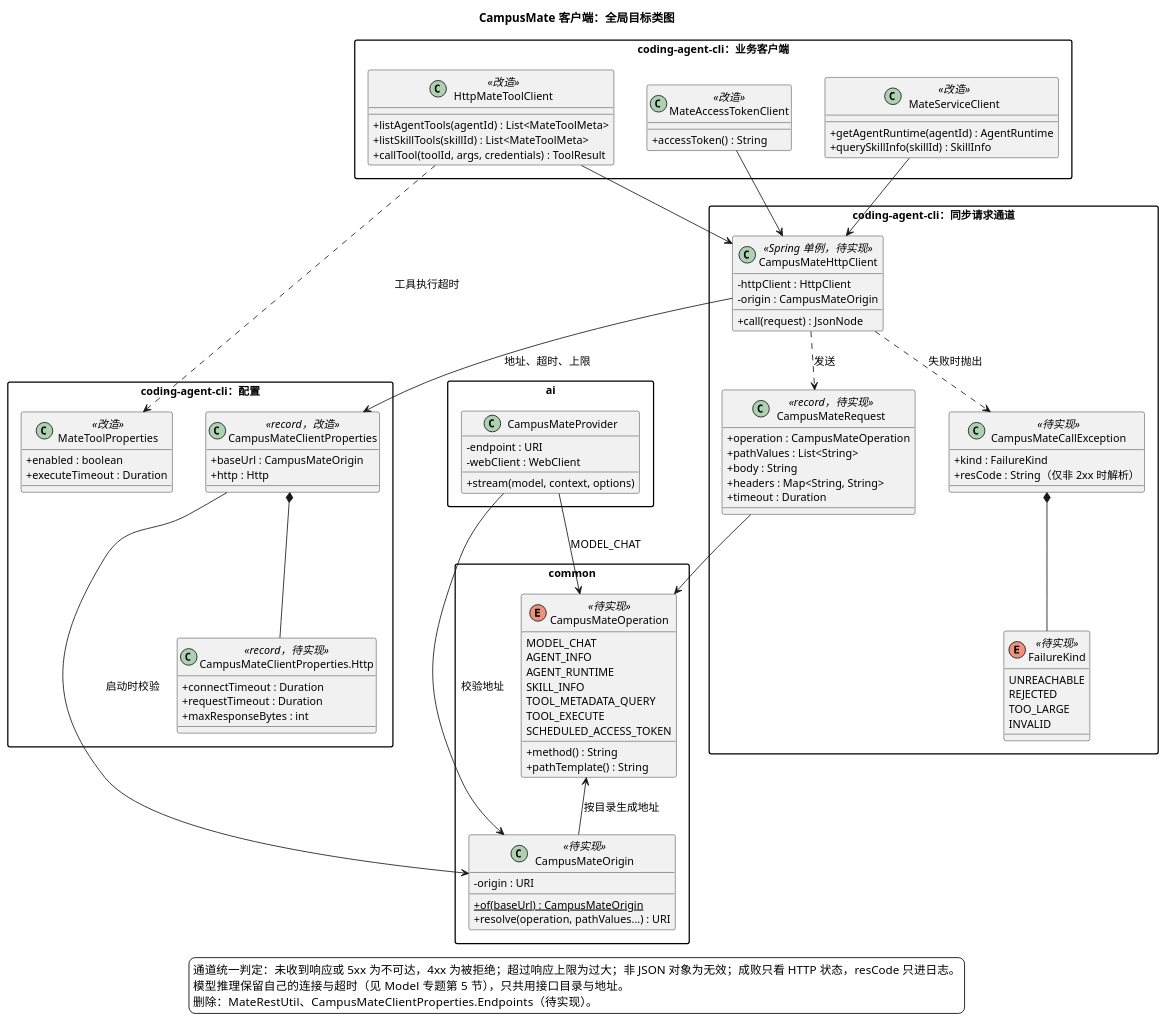
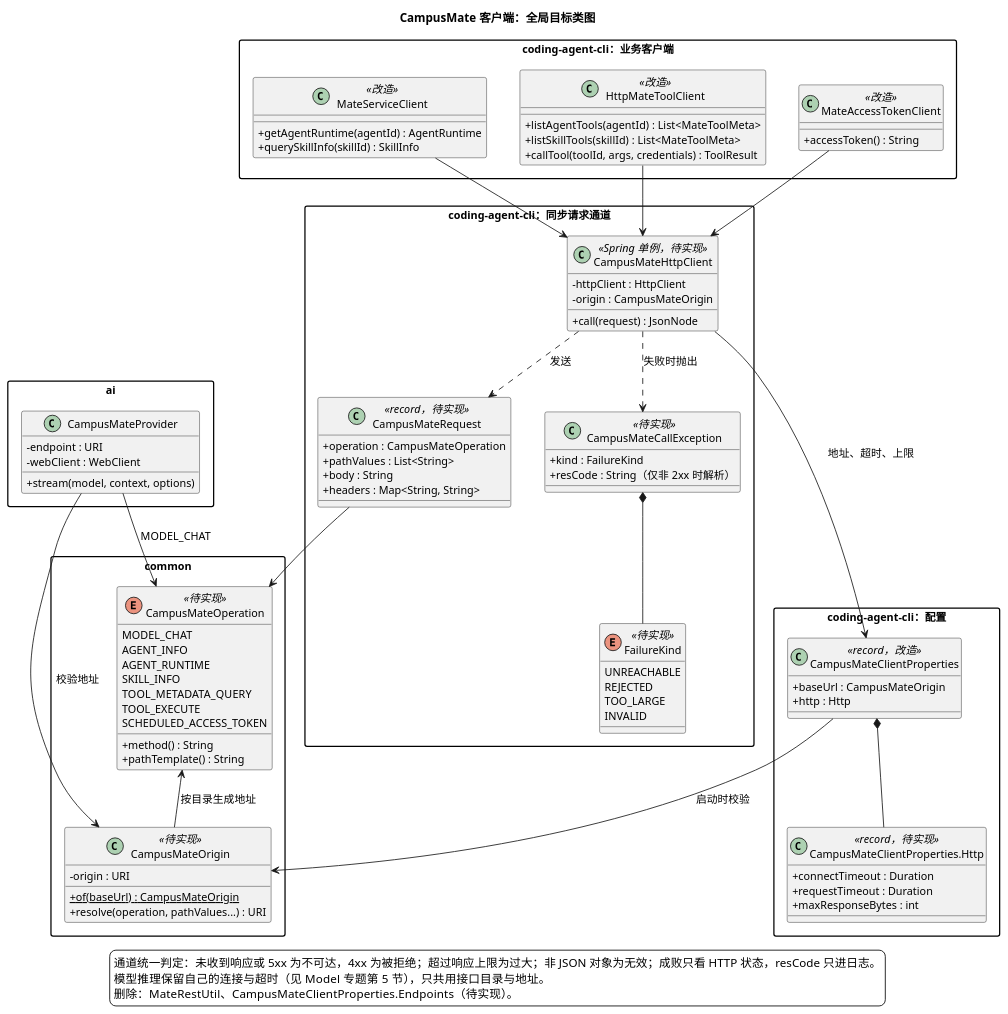
One commit to ssm0808/pi-mono-java-design changed the third of 4 diagrams in 02-服务与接口/02-CampusMate共享客户端配置/diagram.puml. Above: the diagram before and after it, drawn with PlantUML. The commit also changed other lines of this file and 4 other files, not shown here.

```diff
--- a/02-服务与接口/02-CampusMate共享客户端配置/diagram.puml
+++ b/02-服务与接口/02-CampusMate共享客户端配置/diagram.puml
@@ -119,121 +119,115 @@
 @startuml campusmate_client_target_classes
 ' Java 基线：628dca25a694d9d056b15f012e1223d68091ab66；2026-10-21 拉取 main。
 ' 源码：modules/coding-agent-cli/src/main/java/com/campusclaw/codingagent/config/CampusMateClientProperties.java Endpoints（待删除）。
 ' 源码：modules/coding-agent-cli/src/main/java/com/campusclaw/codingagent/common/util/MateRestUtil.java（待删除）。
 ' 源码：modules/coding-agent-cli/src/main/java/com/campusclaw/codingagent/runtime/MateServiceClient.java send（迁入通道）。
 ' 源码：modules/ai/src/main/java/com/campusclaw/ai/provider/mate/CampusMateProvider.java validateChatPath（待删除）。
 ' 目标：待实现；接口目录与地址放 common，同步请求通道放 coding-agent-cli，三个业务客户端只依赖通道。
 ' 依赖方向：common <- ai <- agent-core <- coding-agent-cli；ai 不依赖 coding-agent-cli，所以目录必须在 common。
 ' 基线：Codex Provider + EndpointSession；Anthropic Java SDK ClientOptions + 各 Service。
 title CampusMate 客户端：全局目标类图
 skinparam backgroundColor white
 skinparam defaultFontSize 13
 skinparam classAttributeIconSize 0
 skinparam packageStyle rectangle
 skinparam nodesep 40
 skinparam ranksep 50
 
 package "common" as CommonPkg {
   enum CampusMateOperation <<待实现>> {
     MODEL_CHAT
     AGENT_INFO
     AGENT_RUNTIME
     SKILL_INFO
     TOOL_METADATA_QUERY
     TOOL_EXECUTE
     SCHEDULED_ACCESS_TOKEN
     + method() : String
     + pathTemplate() : String
   }
   class CampusMateOrigin <<待实现>> {
     - origin : URI
     + {static} of(baseUrl) : CampusMateOrigin
     + resolve(operation, pathValues...) : URI
   }
 }
 
 package "ai" as AiPkg {
   class CampusMateProvider {
     - endpoint : URI
     - webClient : WebClient
     + stream(model, context, options)
   }
 }
 
 package "coding-agent-cli：配置" as ConfigPkg {
   class CampusMateClientProperties <<record，改造>> {
     + baseUrl : CampusMateOrigin
     + http : Http
   }
   class "CampusMateClientProperties.Http" as HttpOptions <<record，待实现>> {
     + connectTimeout : Duration
     + requestTimeout : Duration
     + maxResponseBytes : int
   }
-  class MateToolProperties <<改造>> {
-    + enabled : boolean
-    + executeTimeout : Duration
-  }
 }
 
 package "coding-agent-cli：同步请求通道" as ChannelPkg {
   class CampusMateHttpClient <<Spring 单例，待实现>> {
     - httpClient : HttpClient
     - origin : CampusMateOrigin
     + call(request) : JsonNode
   }
   class CampusMateRequest <<record，待实现>> {
     + operation : CampusMateOperation
     + pathValues : List<String>
     + body : String
     + headers : Map<String, String>
-    + timeout : Duration
   }
   class CampusMateCallException <<待实现>> {
     + kind : FailureKind
     + resCode : String（仅非 2xx 时解析）
   }
   enum FailureKind <<待实现>> {
     UNREACHABLE
     REJECTED
     TOO_LARGE
     INVALID
   }
 }
 
 package "coding-agent-cli：业务客户端" as ClientPkg {
   class MateServiceClient <<改造>> {
     + getAgentRuntime(agentId) : AgentRuntime
     + querySkillInfo(skillId) : SkillInfo
   }
   class HttpMateToolClient <<改造>> {
     + listAgentTools(agentId) : List<MateToolMeta>
     + listSkillTools(skillId) : List<MateToolMeta>
     + callTool(toolId, args, credentials) : ToolResult
   }
   class MateAccessTokenClient <<改造>> {
     + accessToken() : String
   }
 }
 
 CampusMateOperation <-- CampusMateOrigin : 按目录生成地址
 CampusMateProvider --> CampusMateOrigin : 校验地址
 CampusMateProvider --> CampusMateOperation : MODEL_CHAT
 CampusMateClientProperties *-- HttpOptions
 CampusMateClientProperties --> CampusMateOrigin : 启动时校验
 CampusMateHttpClient --> CampusMateClientProperties : 地址、超时、上限
 CampusMateHttpClient ..> CampusMateRequest : 发送
 CampusMateHttpClient ..> CampusMateCallException : 失败时抛出
 CampusMateCallException *-- FailureKind
 CampusMateRequest --> CampusMateOperation
 MateServiceClient --> CampusMateHttpClient
 HttpMateToolClient --> CampusMateHttpClient
 MateAccessTokenClient --> CampusMateHttpClient
-HttpMateToolClient ..> MateToolProperties : 工具执行超时
 
 legend bottom
   通道统一判定：未收到响应或 5xx 为不可达，4xx 为被拒绝；超过响应上限为过大；非 JSON 对象为无效；成败只看 HTTP 状态，resCode 只进日志。
   模型推理保留自己的连接与超时（见 Model 专题第 5 节），只共用接口目录与地址。
   删除：MateRestUtil、CampusMateClientProperties.Endpoints（待实现）。
 endlegend
 @enduml
```
